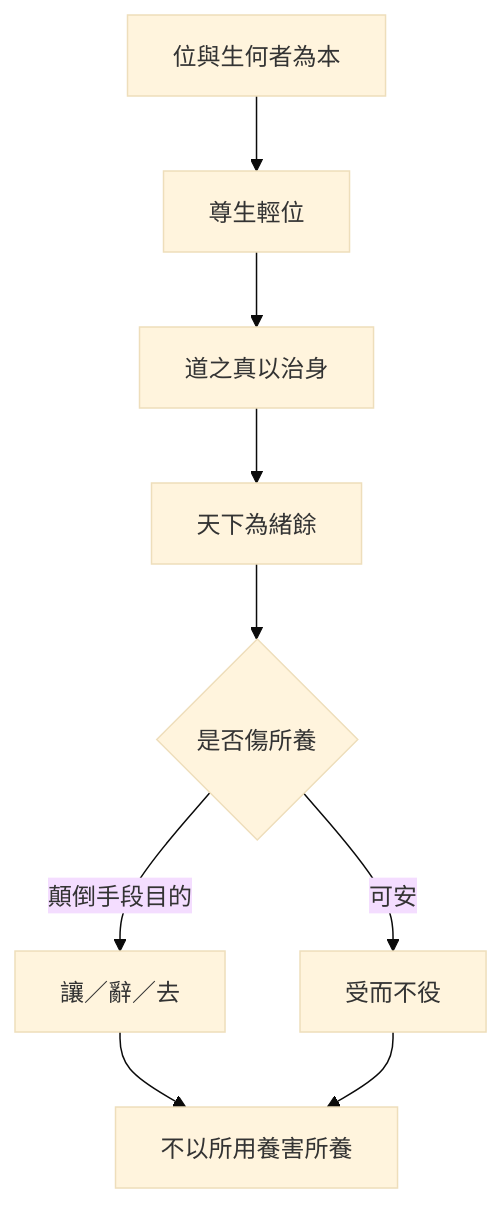
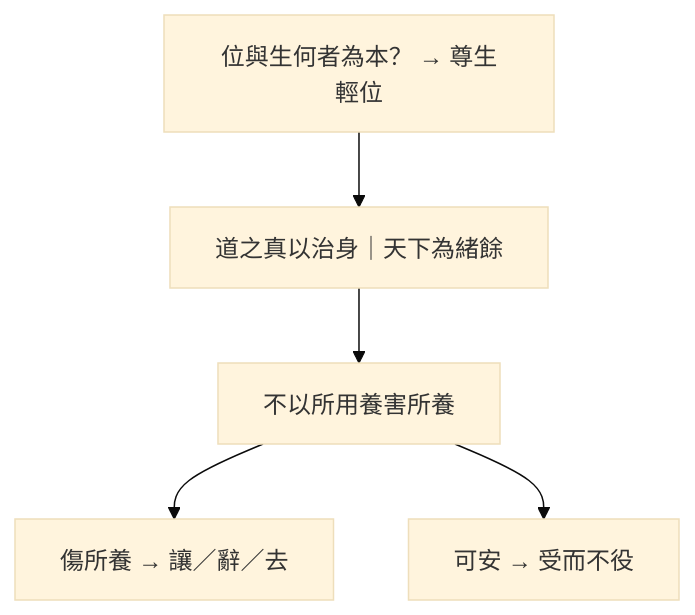
Before and after one commit to show0621/zhuangzi-atlas: the diagram in content/chapters/03-雜篇/28-讓王.md, drawn with Mermaid (base theme). The commit also changed 7 other files, not shown here.

First line of the commit message:
fix(print): 心智圖撐滿版心寬，避免直向圖被壓成細條

````diff
--- a/content/chapters/03-雜篇/28-讓王.md
+++ b/content/chapters/03-雜篇/28-讓王.md
@@ -200,11 +200,8 @@
 ```mermaid
 flowchart TB
-  Q[位與生何者為本] --> Z[尊生輕位]
-  Z --> D[道之真以治身]
-  D --> X[天下為緒餘]
-  X --> C{是否傷所養}
-  C -->|顛倒手段目的| L[讓／辭／去]
-  C -->|可安| K[受而不役]
-  L --> R[不以所用養害所養]
-  K --> R
+  Q["位與生何者為本？ → 尊生輕位"]
+  Q --> D["道之真以治身｜天下為緒餘"]
+  D --> R["不以所用養害所養"]
+  R --> L["傷所養 → 讓／辭／去"]
+  R --> K["可安 → 受而不役"]
 ```
````
